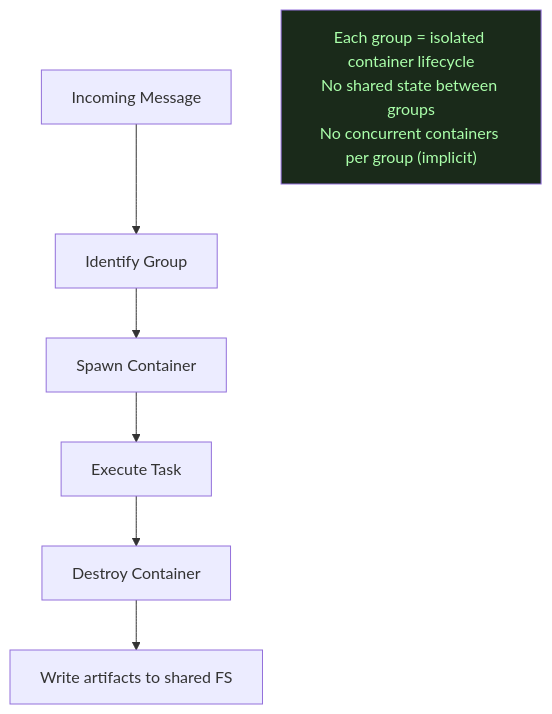
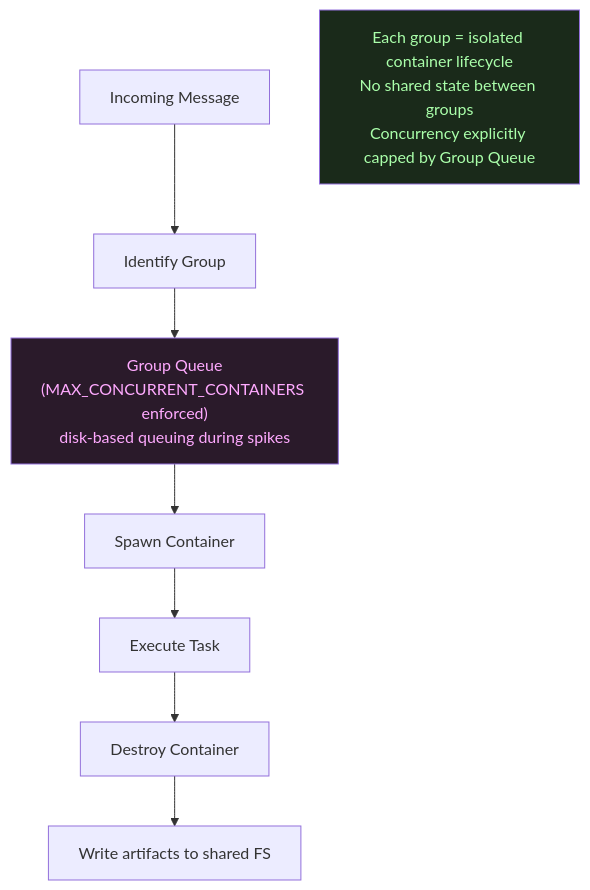
Before and after one commit to Plhys18/claw-comparison: diagram 15 of 17 in report.md, drawn with Mermaid. The commit also changed other lines of this file and 18 other files, not shown here.

````diff
--- a/report.md
+++ b/report.md
@@ -426,11 +508,12 @@
 ```mermaid
 graph TD
     MSG[Incoming Message] --> GROUP[Identify Group]
-    GROUP --> CONTAINER[Spawn Container]
+    GROUP --> GQ["Group Queue\n(MAX_CONCURRENT_CONTAINERS enforced)\ndisk-based queuing during spikes"]
+    GQ --> CONTAINER[Spawn Container]
     CONTAINER --> EXEC[Execute Task]
     EXEC --> DESTROY[Destroy Container]
     DESTROY --> PERSIST[Write artifacts to shared FS]
-
-    NOTE2["Each group = isolated container lifecycle\nNo shared state between groups\nNo concurrent containers per group (implicit)"]
+    NOTE2["Each group = isolated container lifecycle\nNo shared state between groups\nConcurrency explicitly capped by Group Queue"]
     style NOTE2 fill:#1a2a1a,color:#aaffaa
+    style GQ fill:#2a1a2a,color:#ffaaff
 ```
````
